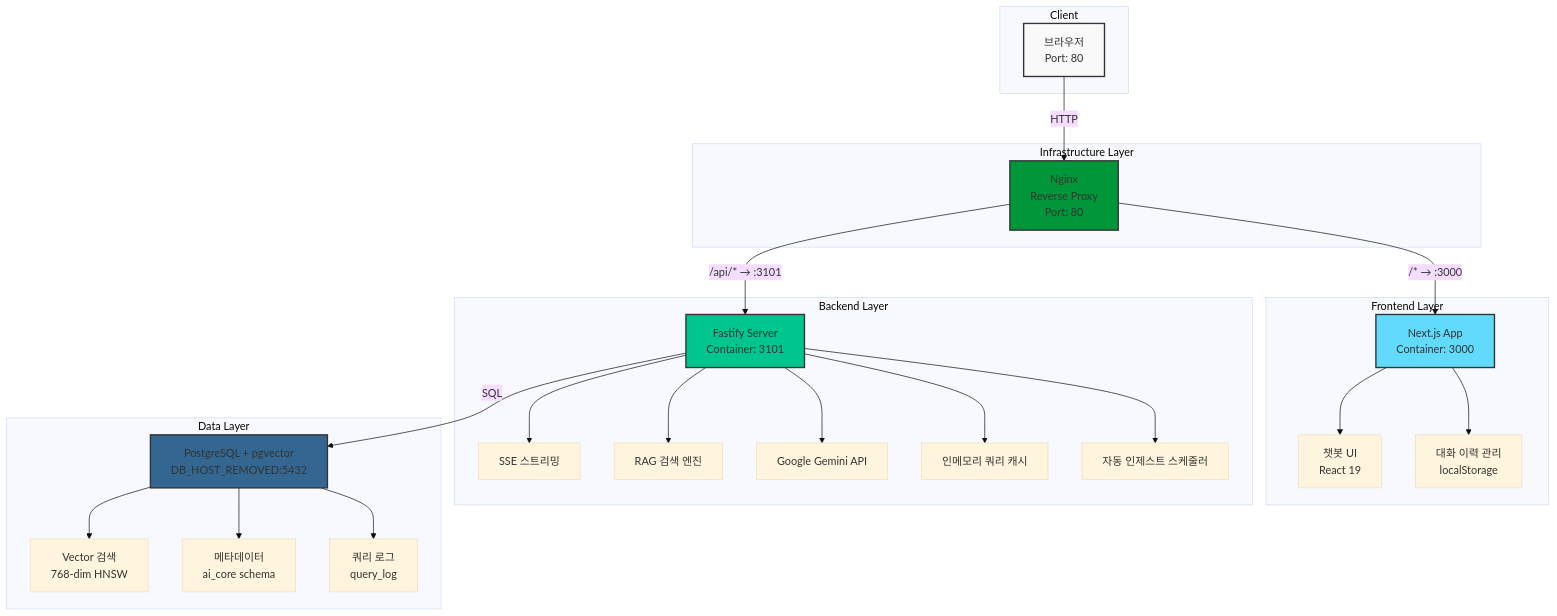
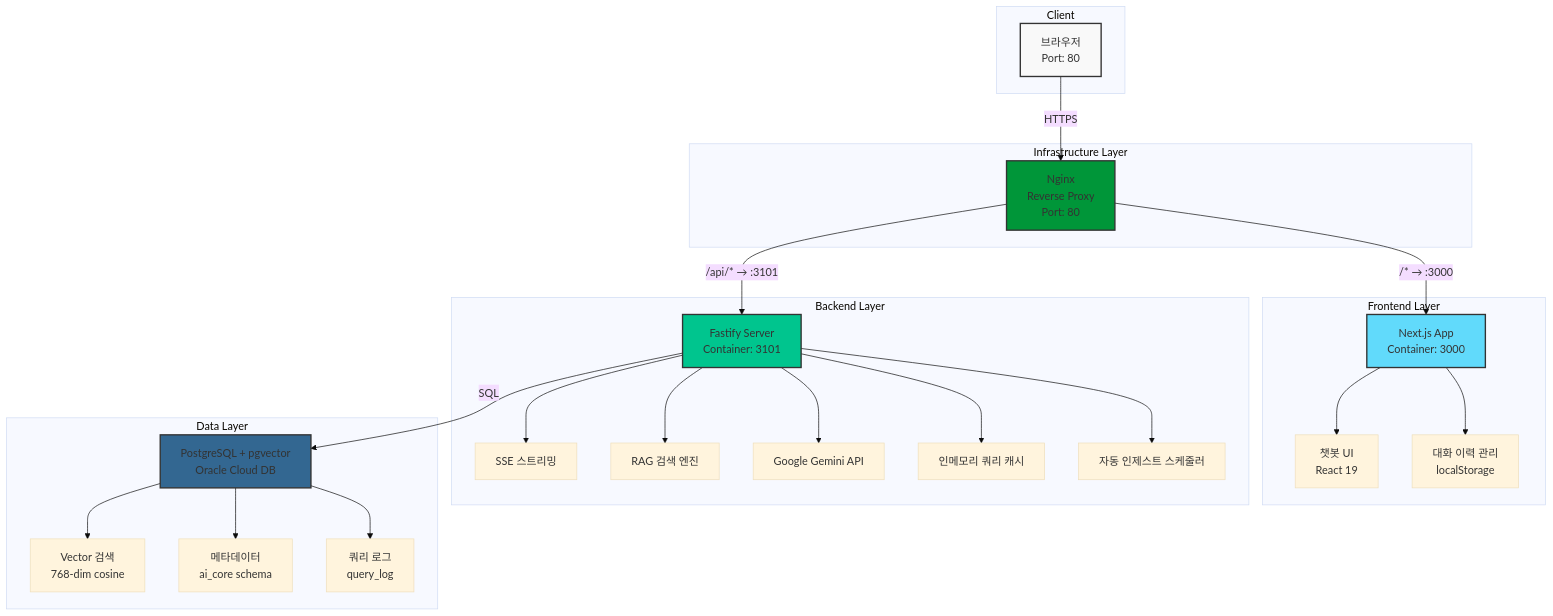
The first of 3 diagrams in README.md (jdhert/CS-ChatBot), drawn with Mermaid (base theme) before and after one commit. The commit also changed other lines of this file, not shown here.

First line of the commit message:
문서: Oracle Cloud 이관 완료 및 csbotservice.com 도메인 안내

````diff
--- a/README.md
+++ b/README.md
@@ -34,53 +53,53 @@
 ```mermaid
 graph TB
     subgraph "Client"
         CLIENT[브라우저<br/>Port: 80]
     end
 
     subgraph "Infrastructure Layer"
         NGINX[Nginx<br/>Reverse Proxy<br/>Port: 80]
     end
 
     subgraph "Frontend Layer"
         A[Next.js App<br/>Container: 3000]
         A1[챗봇 UI<br/>React 19]
         A2[대화 이력 관리<br/>localStorage]
     end
 
     subgraph "Backend Layer"
         B[Fastify Server<br/>Container: 3101]
         B1[SSE 스트리밍]
         B2[RAG 검색 엔진]
         B3[Google Gemini API]
         B4[인메모리 쿼리 캐시]
         B5[자동 인제스트 스케줄러]
     end
 
     subgraph "Data Layer"
-        C[PostgreSQL + pgvector<br/>DB_HOST_REMOVED:5432]
-        C1[Vector 검색<br/>768-dim HNSW]
+        C[PostgreSQL + pgvector<br/>Oracle Cloud DB]
+        C1[Vector 검색<br/>768-dim cosine]
         C2[메타데이터<br/>ai_core schema]
         C3[쿼리 로그<br/>query_log]
     end
 
-    CLIENT -->|HTTP| NGINX
+    CLIENT -->|HTTPS| NGINX
     NGINX -->|/* → :3000| A
     NGINX -->|/api/* → :3101| B
     A --> A1
     A --> A2
     B --> B1
     B --> B2
     B --> B3
     B --> B4
     B --> B5
     B -->|SQL| C
     C --> C1
     C --> C2
     C --> C3
 
     style CLIENT fill:#f9f9f9,stroke:#333,stroke-width:2px
     style NGINX fill:#009639,stroke:#333,stroke-width:2px
     style A fill:#61dafb,stroke:#333,stroke-width:2px
     style B fill:#00c58e,stroke:#333,stroke-width:2px
     style C fill:#336791,stroke:#333,stroke-width:2px
 ```
````
